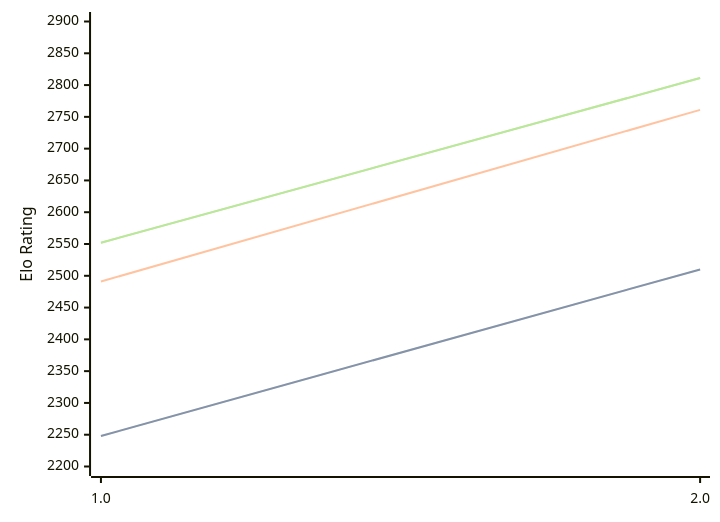
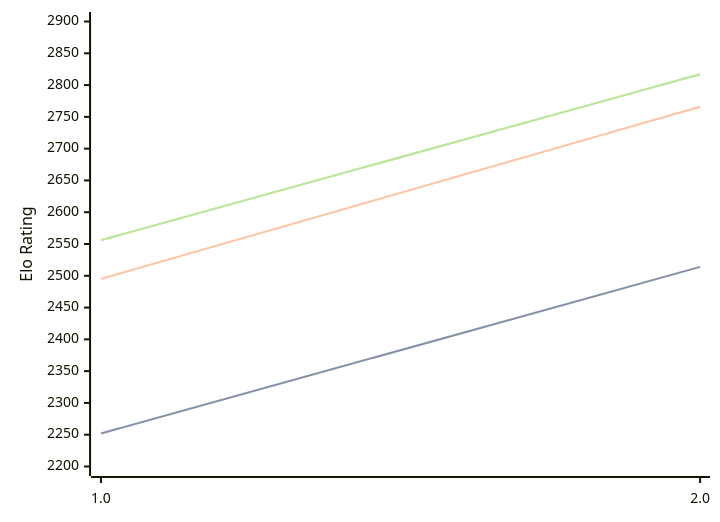
Before and after one commit to computer-chess-index/cci: the diagram in engines/Revolver.md, drawn with Mermaid. The commit also changed other lines of this file, not shown here.

Commit message:
Update CCI Ratings (ELO VLTC) - 2026-08-18

````diff
--- a/engines/Revolver.md
+++ b/engines/Revolver.md
@@ -32,11 +32,11 @@
 ```mermaid
 %%{init: {"theme":"base","themeVariables":{"seriesColors:['#a3a3a3','#222221','#faa371']}}}%%
 xychart-beta
   x-axis ["1.0", "2.0"]
   y-axis "Elo Rating" 2200 --> 2900
-  line "STC (8.0+0.08s)" [2248, 2510]
-  line "STC (8.0+0.08s)" [2248, 2510]
-  line "LTC (60.0+0.60s)" [2491, 2761]
-  line "VLTC (2m24s+1.12s)" [2552, 2811]
-  line "VLTC (2m24s+1.12s)" [2552, 2811]
+  line "STC (8.0+0.08s)" [2252, 2514]
+  line "STC (8.0+0.08s)" [2252, 2514]
+  line "LTC (60.0+0.60s)" [2495, 2766]
+  line "VLTC (2m24s+1.12s)" [2556, 2817]
+  line "VLTC (2m24s+1.12s)" [2556, 2817]
 ```
````
